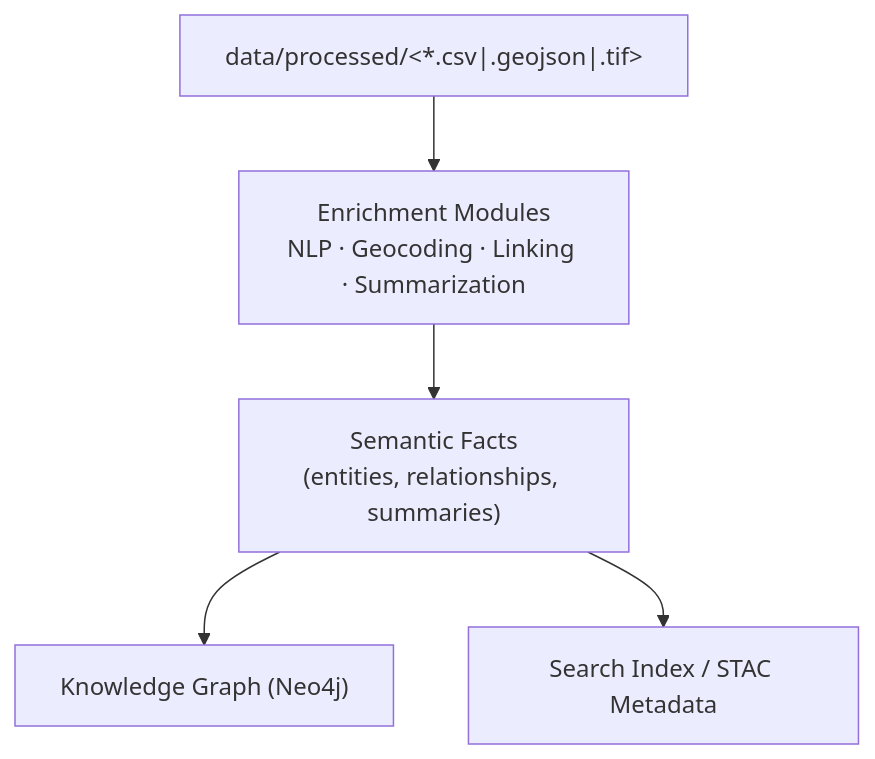
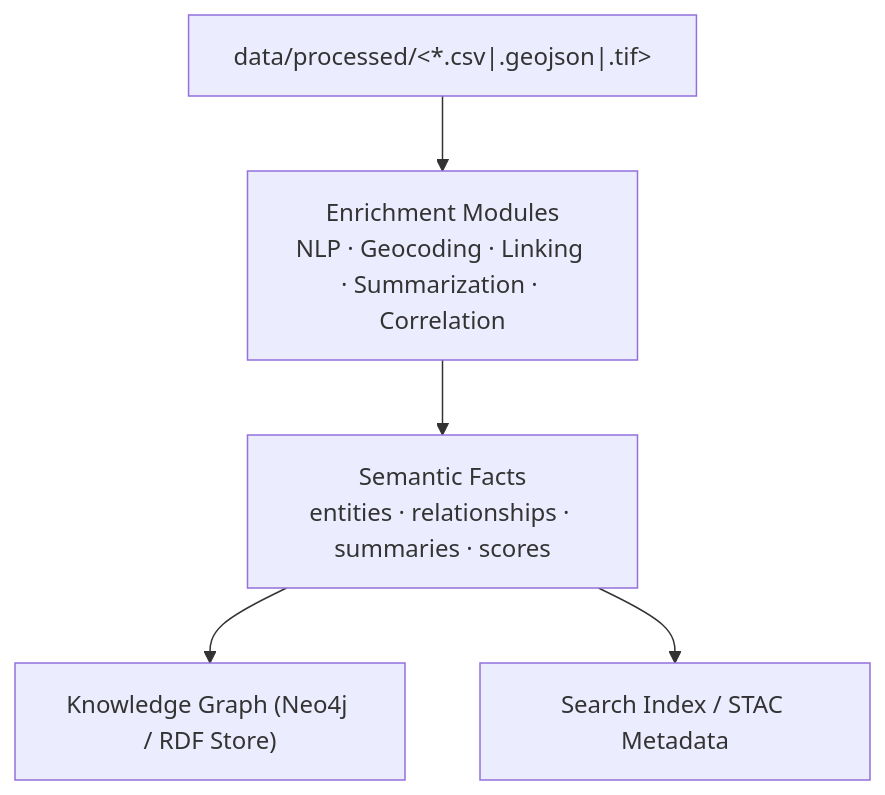
Before and after one commit to bartytime4life/Kansas-Frontier-Matrix: the diagram in src/pipelines/enrich/README.md, drawn with Mermaid. The commit also changed other lines of this file, not shown here.

`````diff
--- a/src/pipelines/enrich/README.md
+++ b/src/pipelines/enrich/README.md
@@ -32,7 +57,7 @@
 ```mermaid
 flowchart TD
-    A["data/processed/<*.csv|.geojson|.tif>"] --> B["Enrichment Modules<br/>NLP · Geocoding · Linking · Summarization"]
-    B --> C["Semantic Facts<br/>(entities, relationships, summaries)"]
-    C --> D["Knowledge Graph (Neo4j)"]
+    A["data/processed/<*.csv|.geojson|.tif>"] --> B["Enrichment Modules<br/>NLP · Geocoding · Linking · Summarization · Correlation"]
+    B --> C["Semantic Facts<br/>entities · relationships · summaries · scores"]
+    C --> D["Knowledge Graph (Neo4j / RDF Store)"]
     C --> E["Search Index / STAC Metadata"]
-````
+```
`````
